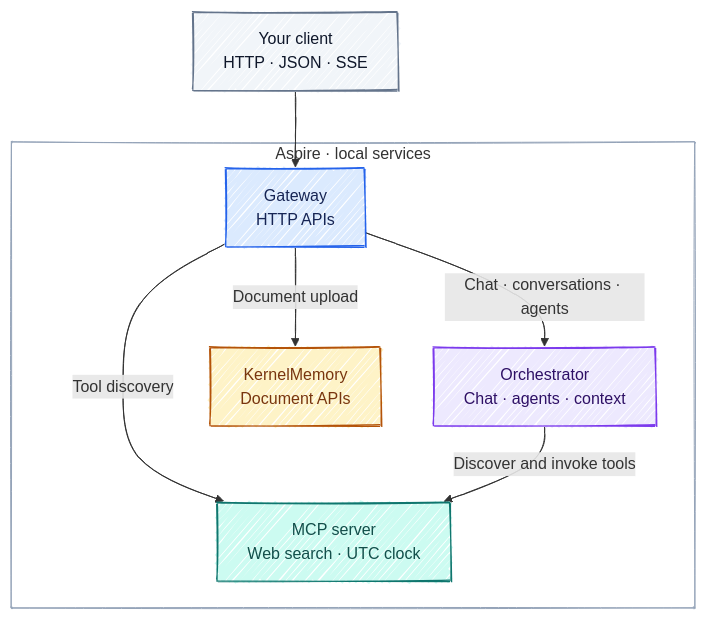
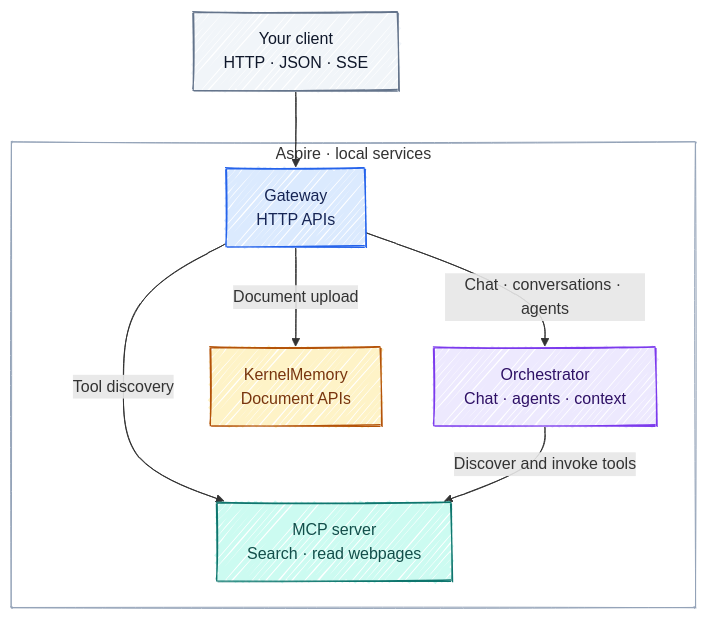
The first of 2 diagrams in README.md (khuongpham1995/MyAIAgent), drawn with Mermaid before and after one commit. The commit also changed other lines of this file and 33 other files, not shown here.

First line of the commit message:
feat(mcp)!: focus tools on bounded web research

````diff
--- a/README.md
+++ b/README.md
@@ -36,35 +36,35 @@
 ```mermaid
 ---
 config:
   look: handDrawn
   handDrawnSeed: 42
   fontFamily: 'Comic Sans MS, Comic Sans, cursive'
 ---
 flowchart TB
     client["Your client<br/>HTTP · JSON · SSE"]
 
     subgraph services["Aspire · local services"]
         gateway["Gateway<br/>HTTP APIs"]
         orchestrator["Orchestrator<br/>Chat · agents · context"]
-        mcp["MCP server<br/>Web search · UTC clock"]
+        mcp["MCP server<br/>Search · read webpages"]
         memory["KernelMemory<br/>Document APIs"]
     end
 
     client --> gateway
     gateway -->|"Chat · conversations · agents"| orchestrator
     gateway -->|"Tool discovery"| mcp
     gateway -->|"Document upload"| memory
     orchestrator -->|"Discover and invoke tools"| mcp
 
     classDef entry fill:#dbeafe,stroke:#2563eb,color:#172554
     classDef chat fill:#ede9fe,stroke:#7c3aed,color:#2e1065
     classDef tools fill:#ccfbf1,stroke:#0f766e,color:#134e4a
     classDef rag fill:#fef3c7,stroke:#b45309,color:#78350f
     classDef external fill:#f1f5f9,stroke:#64748b,color:#0f172a
     class gateway entry
     class orchestrator chat
     class mcp tools
     class memory rag
     class client external
     style services fill:transparent,stroke:#94a3b8,stroke-width:1px
 ```
````
